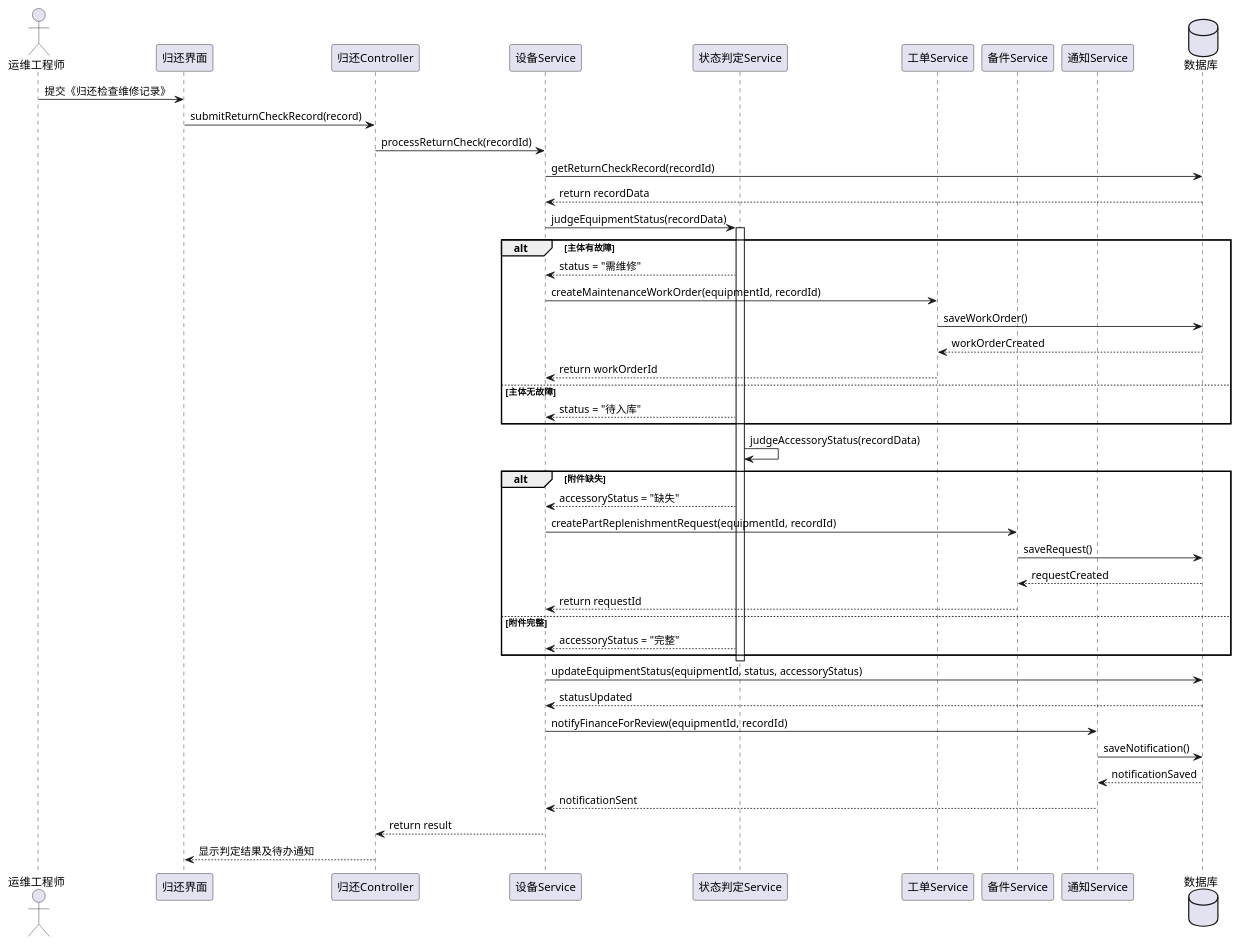
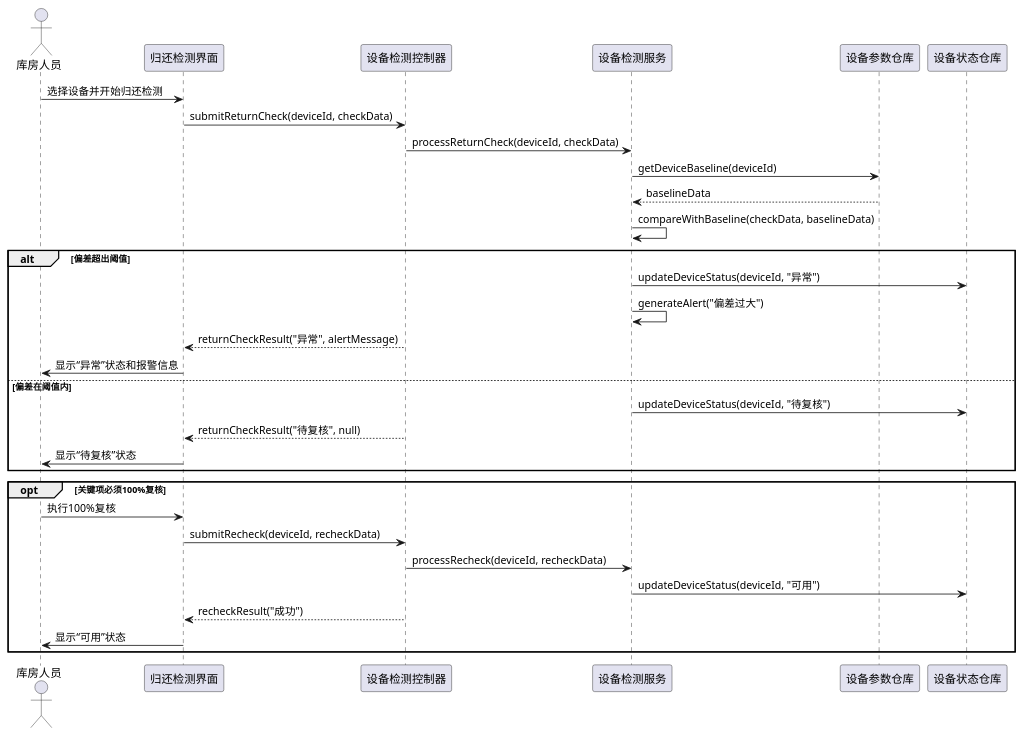
Before and after one commit to JiangHuanzhen/medical-device-rental-system: the fourth of 5 diagrams in .claude/knowledge-base/wiki/summaries/行为模型图-20260626-v3.puml, drawn with PlantUML. The commit also changed other lines of this file and 223 other files, not shown here.

```diff
--- a/.claude/knowledge-base/wiki/summaries/行为模型图-20260626-v3.puml
+++ b/.claude/knowledge-base/wiki/summaries/行为模型图-20260626-v3.puml
@@ -139,51 +158,37 @@
 @startuml
-actor "运维工程师" as Operator
-participant "归还界面" as UI
-participant "归还Controller" as Controller
-participant "设备Service" as Service
-participant "状态判定Service" as JudgeService
-participant "工单Service" as WorkOrderService
-participant "备件Service" as PartService
-participant "通知Service" as NotifyService
-database "数据库" as DB
+actor "库房人员" as WH
+participant "归还检测界面" as UI
+participant "设备检测控制器" as Controller
+participant "设备检测服务" as Service
+participant "设备参数仓库" as ParamRepo
+participant "设备状态仓库" as StatusRepo
 
-Operator -> UI: 提交《归还检查维修记录》
-UI -> Controller: submitReturnCheckRecord(record)
-Controller -> Service: processReturnCheck(recordId)
-Service -> DB: getReturnCheckRecord(recordId)
-DB --> Service: return recordData
-Service -> JudgeService: judgeEquipmentStatus(recordData)
-activate JudgeService
+WH -> UI: 选择设备并开始归还检测
+UI -> Controller: submitReturnCheck(deviceId, checkData)
+Controller -> Service: processReturnCheck(deviceId, checkData)
+Service -> ParamRepo: getDeviceBaseline(deviceId)
+ParamRepo --> Service: baselineData
+Service -> Service: compareWithBaseline(checkData, baselineData)
 
-alt 主体有故障
-    JudgeService --> Service: status = "需维修"
-    Service -> WorkOrderService: createMaintenanceWorkOrder(equipmentId, recordId)
-    WorkOrderService -> DB: saveWorkOrder()
-    DB --> WorkOrderService: workOrderCreated
-    WorkOrderService --> Service: return workOrderId
-else 主体无故障
-    JudgeService --> Service: status = "待入库"
+alt 偏差超出阈值
+    Service -> StatusRepo: updateDeviceStatus(deviceId, "异常")
+    Service -> Service: generateAlert("偏差过大")
+    Controller --> UI: returnCheckResult("异常", alertMessage)
+    UI -> WH: 显示“异常”状态和报警信息
+else 偏差在阈值内
+    Service -> StatusRepo: updateDeviceStatus(deviceId, "待复核")
+    Controller --> UI: returnCheckResult("待复核", null)
+    UI -> WH: 显示“待复核”状态
 end
 
-JudgeService -> JudgeService: judgeAccessoryStatus(recordData)
-alt 附件缺失
-    JudgeService --> Service: accessoryStatus = "缺失"
-    Service -> PartService: createPartReplenishmentRequest(equipmentId, recordId)
-    PartService -> DB: saveRequest()
-    DB --> PartService: requestCreated
-    PartService --> Service: return requestId
-else 附件完整
-    JudgeService --> Service: accessoryStatus = "完整"
+opt 关键项必须100%复核
+    WH -> UI: 执行100%复核
+    UI -> Controller: submitRecheck(deviceId, recheckData)
+    Controller -> Service: processRecheck(deviceId, recheckData)
+    Service -> StatusRepo: updateDeviceStatus(deviceId, "可用")
+    Controller --> UI: recheckResult("成功")
+    UI -> WH: 显示“可用”状态
 end
-deactivate JudgeService
 
-Service -> DB: updateEquipmentStatus(equipmentId, status, accessoryStatus)
-DB --> Service: statusUpdated
-Service -> NotifyService: notifyFinanceForReview(equipmentId, recordId)
-NotifyService -> DB: saveNotification()
-DB --> NotifyService: notificationSaved
-NotifyService --> Service: notificationSent
-Service --> Controller: return result
-Controller --> UI: 显示判定结果及待办通知
 
 @enduml
```
